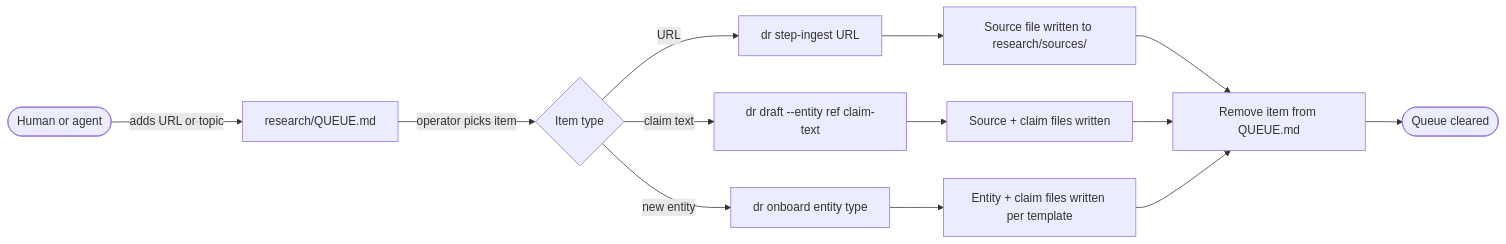
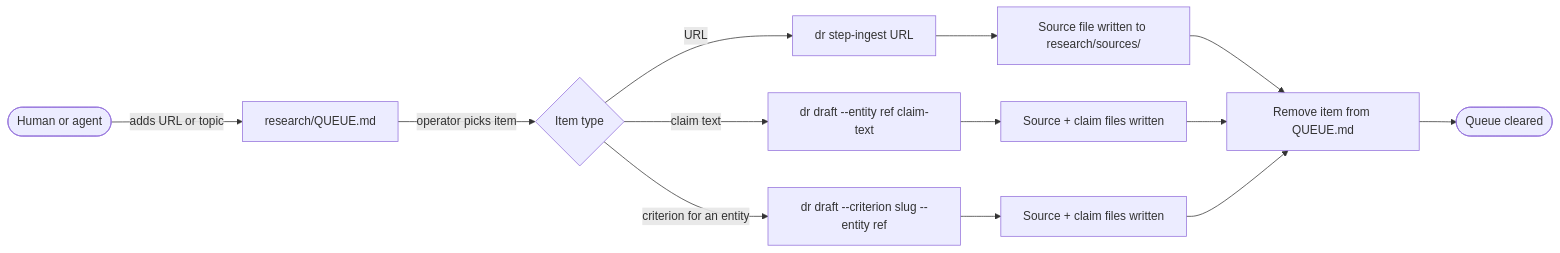
One commit to dangerous-robot/site changed the second of 6 diagrams in docs/architecture/research-flow.md. Above: the diagram before and after it, drawn with Mermaid. The commit also changed other lines of this file and 58 other files, not shown here.

````diff
--- a/docs/architecture/research-flow.md
+++ b/docs/architecture/research-flow.md
@@ -46,15 +46,15 @@
 ```mermaid
 flowchart LR
     A([Human or agent]) -->|adds URL or topic| B[research/QUEUE.md]
     B -->|operator picks item| C{Item type}
     C -->|URL| D[dr step-ingest URL]
     C -->|claim text| E[dr draft --entity ref claim-text]
-    C -->|new entity| F[dr onboard entity type]
+    C -->|criterion for an entity| F[dr draft --criterion slug --entity ref]
     D --> G[Source file written to research/sources/]
     E --> H[Source + claim files written]
-    F --> I[Entity + claim files written per template]
+    F --> I[Source + claim files written]
     G --> J[Remove item from QUEUE.md]
     H --> J
     I --> J
     J --> K([Queue cleared])
 ```
````
